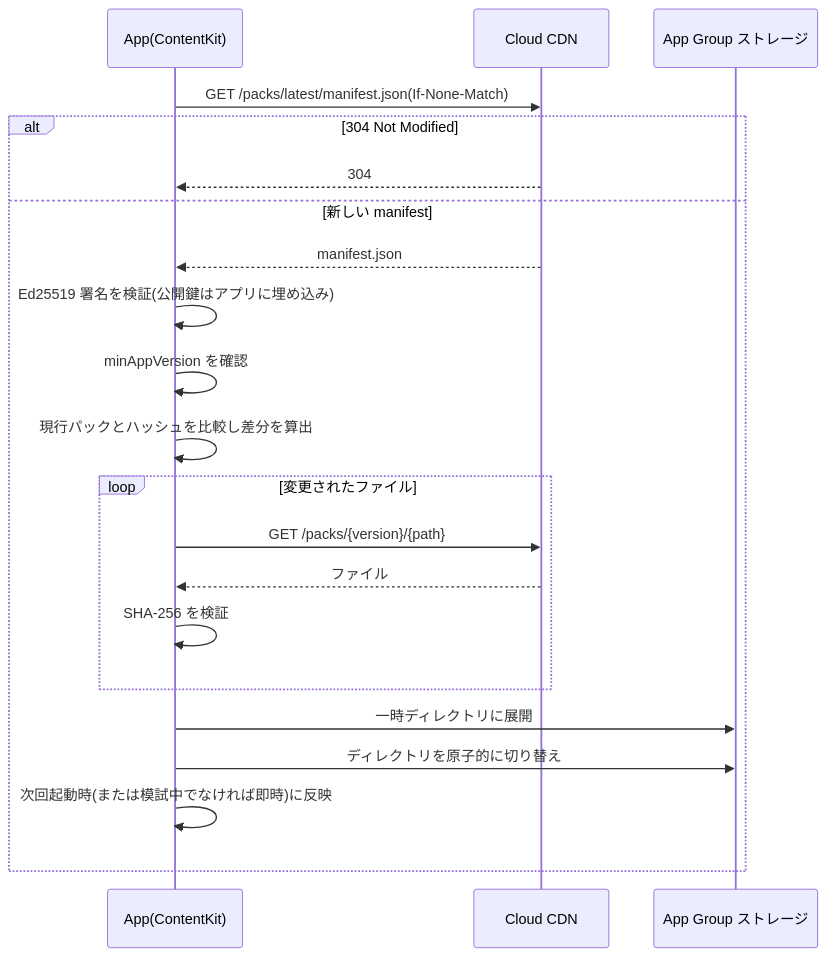
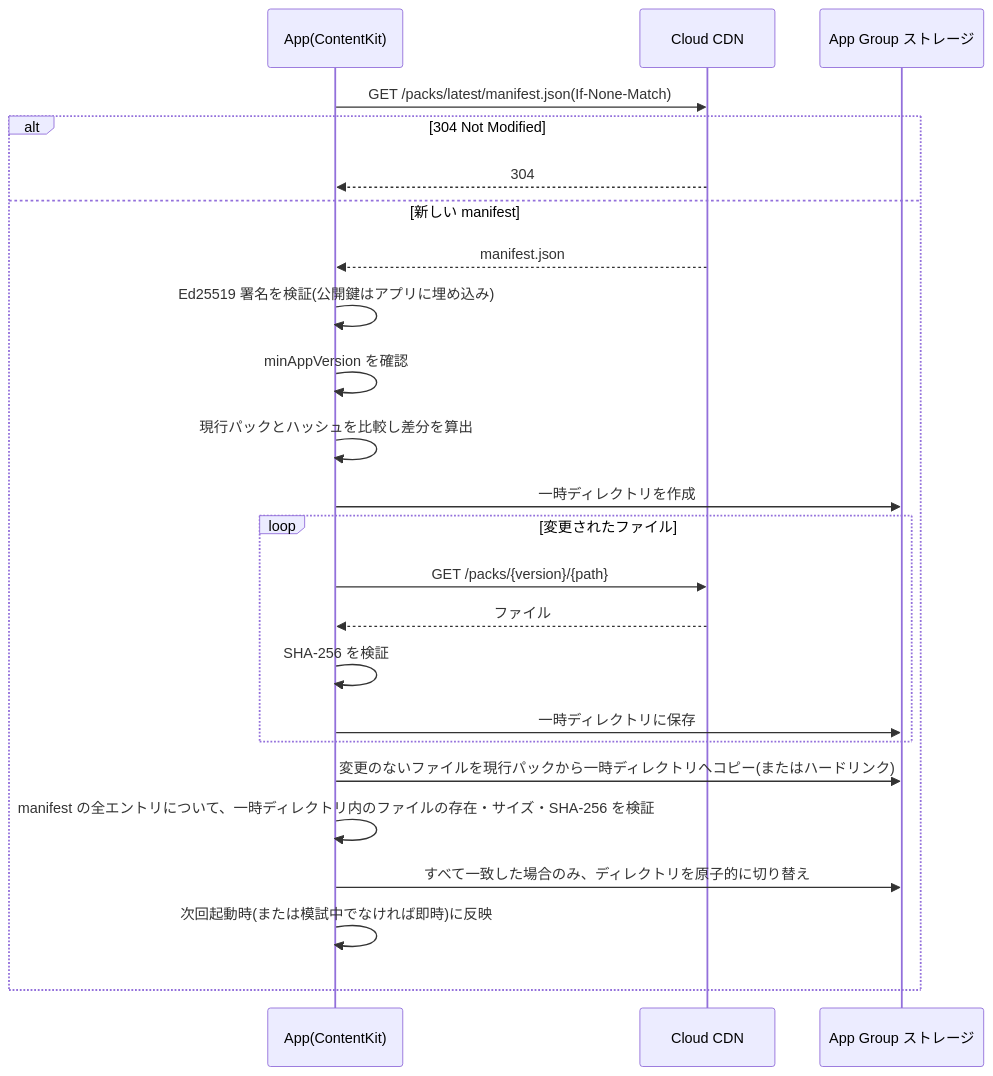
The seventh of 8 diagrams in Documentation.docc/BDD.md (myoshi2891/Cloudrill), drawn with Mermaid before and after one commit. The commit also changed other lines of this file, not shown here.

````diff
--- a/Documentation.docc/BDD.md
+++ b/Documentation.docc/BDD.md
@@ -647,24 +653,27 @@
 ```mermaid
 sequenceDiagram
     participant A as App(ContentKit)
     participant C as Cloud CDN
     participant FS as App Group ストレージ
 
     A->>C: GET /packs/latest/manifest.json(If-None-Match)
     alt 304 Not Modified
         C-->>A: 304
     else 新しい manifest
         C-->>A: manifest.json
         A->>A: Ed25519 署名を検証(公開鍵はアプリに埋め込み)
         A->>A: minAppVersion を確認
         A->>A: 現行パックとハッシュを比較し差分を算出
+        A->>FS: 一時ディレクトリを作成
         loop 変更されたファイル
             A->>C: GET /packs/{version}/{path}
             C-->>A: ファイル
             A->>A: SHA-256 を検証
+            A->>FS: 一時ディレクトリに保存
         end
-        A->>FS: 一時ディレクトリに展開
-        A->>FS: ディレクトリを原子的に切り替え
+        A->>FS: 変更のないファイルを現行パックから一時ディレクトリへコピー(またはハードリンク)
+        A->>A: manifest の全エントリについて、一時ディレクトリ内のファイルの存在・サイズ・SHA-256 を検証
+        A->>FS: すべて一致した場合のみ、ディレクトリを原子的に切り替え
         A->>A: 次回起動時(または模試中でなければ即時)に反映
     end
 ```
````
